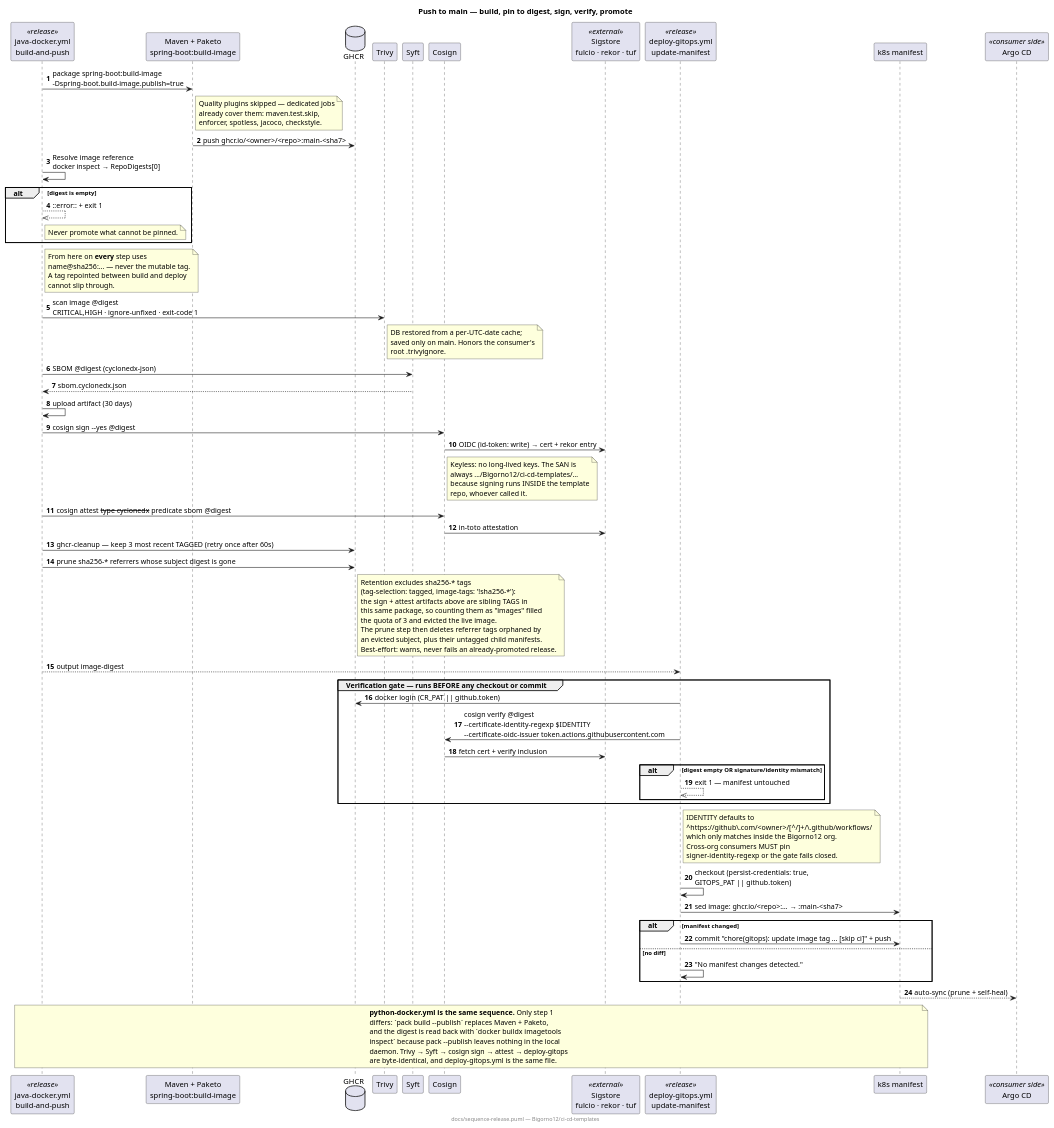
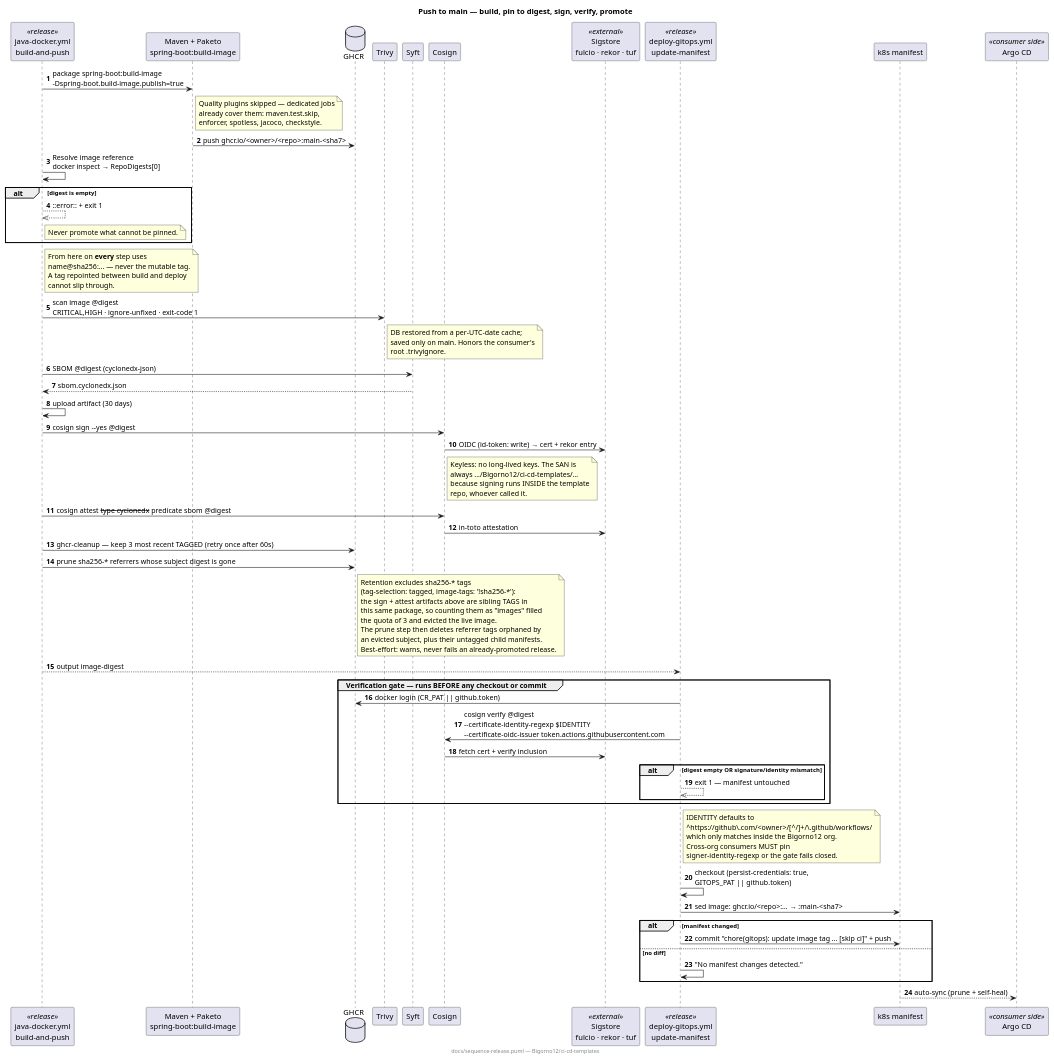
Before and after one commit to Bigorno12/ci-cd-templates: the diagram in docs/sequence-release.puml, drawn with PlantUML. The commit also changed 23 other files, not shown here.

```diff
--- a/docs/sequence-release.puml
+++ b/docs/sequence-release.puml
@@ -1,111 +1,101 @@
 @startuml sequence-release
 ' Hand-maintained. Source of truth = .github/workflows/java-docker.yml + deploy-gitops.yml
-' python-docker.yml runs the identical sequence — only the build step differs (pack build).
 title Push to main — build, pin to digest, sign, verify, promote
 
 autonumber
 skinparam responseMessageBelowArrow true
 
 participant "java-docker.yml\nbuild-and-push" as D <<release>>
 participant "Maven + Paketo\nspring-boot:build-image" as MVN
 database "GHCR" as GHCR
 participant "Trivy" as TRIVY
 participant "Syft" as SYFT
 participant "Cosign" as COSIGN
 participant "Sigstore\nfulcio · rekor · tuf" as SIGSTORE <<external>>
 participant "deploy-gitops.yml\nupdate-manifest" as G <<release>>
 participant "k8s manifest" as MANIFEST
 participant "Argo CD" as ARGO <<consumer side>>
 
 D -> MVN : package spring-boot:build-image\n-Dspring-boot.build-image.publish=true
 note right of MVN
   Quality plugins skipped — dedicated jobs
   already cover them: maven.test.skip,
   enforcer, spotless, jacoco, checkstyle.
 end note
 MVN -> GHCR : push ghcr.io/<owner>/<repo>:main-<sha7>
 
 D -> D : Resolve image reference\ndocker inspect → RepoDigests[0]
 alt digest is empty
   D -->> D : ::error:: + exit 1
   note right of D : Never promote what cannot be pinned.
 end
 note right of D
   From here on **every** step uses
   name@sha256:… — never the mutable tag.
   A tag repointed between build and deploy
   cannot slip through.
 end note
 
 D -> TRIVY : scan image @digest\nCRITICAL,HIGH · ignore-unfixed · exit-code 1
 note right of TRIVY
   DB restored from a per-UTC-date cache;
   saved only on main. Honors the consumer's
   root .trivyignore.
 end note
 
 D -> SYFT : SBOM @digest (cyclonedx-json)
 SYFT --> D : sbom.cyclonedx.json
 D -> D : upload artifact (30 days)
 
 D -> COSIGN : cosign sign --yes @digest
 COSIGN -> SIGSTORE : OIDC (id-token: write) → cert + rekor entry
 note right of COSIGN
   Keyless: no long-lived keys. The SAN is
   always .../Bigorno12/ci-cd-templates/…
   because signing runs INSIDE the template
   repo, whoever called it.
 end note
 D -> COSIGN : cosign attest --type cyclonedx --predicate sbom @digest
 COSIGN -> SIGSTORE : in-toto attestation
 D -> GHCR : ghcr-cleanup — keep 3 most recent TAGGED (retry once after 60s)
 D -> GHCR : prune sha256-* referrers whose subject digest is gone
 note right of GHCR
   Retention excludes sha256-* tags
   (tag-selection: tagged, image-tags: '!sha256-*'):
   the sign + attest artifacts above are sibling TAGS in
   this same package, so counting them as "images" filled
   the quota of 3 and evicted the live image.
   The prune step then deletes referrer tags orphaned by
   an evicted subject, plus their untagged child manifests.
   Best-effort: warns, never fails an already-promoted release.
 end note
 
 D --> G : output image-digest
 
 group Verification gate — runs BEFORE any checkout or commit
   G -> GHCR : docker login (CR_PAT || github.token)
   G -> COSIGN : cosign verify @digest\n--certificate-identity-regexp $IDENTITY\n--certificate-oidc-issuer token.actions.githubusercontent.com
   COSIGN -> SIGSTORE : fetch cert + verify inclusion
   alt digest empty OR signature/identity mismatch
     G -->> G : exit 1 — manifest untouched
   end
 end
 note right of G
   IDENTITY defaults to
   ^https://github\.com/<owner>/[^/]+/\.github/workflows/
   which only matches inside the Bigorno12 org.
   Cross-org consumers MUST pin
   signer-identity-regexp or the gate fails closed.
 end note
 
 G -> G : checkout (persist-credentials: true,\nGITOPS_PAT || github.token)
 G -> MANIFEST : sed image: ghcr.io/<repo>:… → :main-<sha7>
 alt manifest changed
   G -> MANIFEST : commit "chore(gitops): update image tag … [skip ci]" + push
 else no diff
   G -> G : "No manifest changes detected."
 end
 MANIFEST --> ARGO : auto-sync (prune + self-heal)
 
-note over D, MANIFEST
-  **python-docker.yml is the same sequence.** Only step 1
-  differs: `pack build --publish` replaces Maven + Paketo,
-  and the digest is read back with `docker buildx imagetools
-  inspect` because pack --publish leaves nothing in the local
-  daemon. Trivy → Syft → cosign sign → attest → deploy-gitops
-  are byte-identical, and deploy-gitops.yml is the same file.
-end note
-
 footer docs/sequence-release.puml — Bigorno12/ci-cd-templates
 @enduml
```
